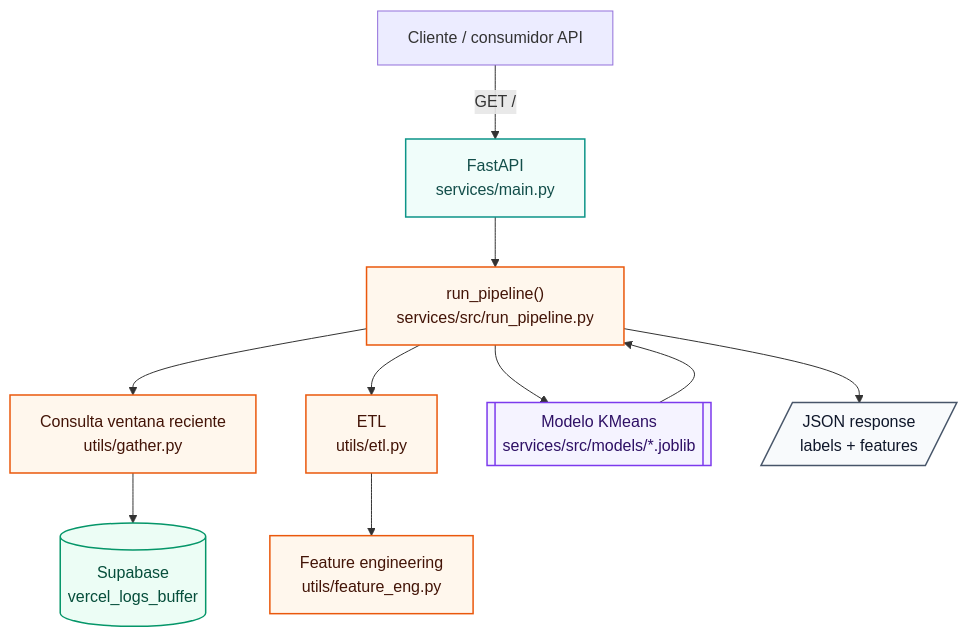
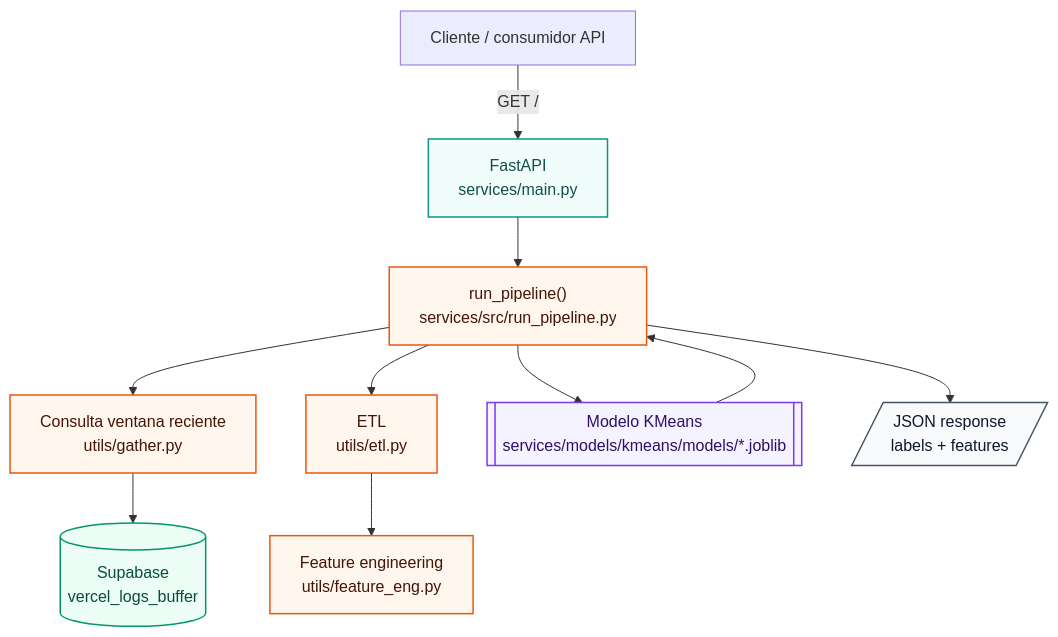
Before and after one commit to Groltjor/LogHound: the diagram in services/README.MD, drawn with Mermaid. The commit also changed other lines of this file and 2 other files, not shown here.

````diff
--- a/services/README.MD
+++ b/services/README.MD
@@ -23,34 +23,34 @@
 ```mermaid
 flowchart TB
     client["Cliente / consumidor API"]
     api["FastAPI<br/>services/main.py"]
     pipeline["run_pipeline()<br/>services/src/run_pipeline.py"]
     supabase[("Supabase<br/>vercel_logs_buffer")]
     etl["ETL<br/>utils/etl.py"]
     gather["Consulta ventana reciente<br/>utils/gather.py"]
     features["Feature engineering<br/>utils/feature_eng.py"]
-    model[["Modelo KMeans<br/>services/src/models/*.joblib"]]
+    model[["Modelo KMeans<br/>services/models/kmeans/models/*.joblib"]]
     response[/"JSON response<br/>labels + features"/]
 
     client -->|"GET /"| api
     api --> pipeline
     pipeline --> gather
     gather --> supabase
     pipeline --> etl
     etl --> features
     pipeline --> model
     model --> pipeline
     pipeline --> response
 
     classDef apiClass fill:#f0fdfa,stroke:#0d9488,stroke-width:1.5px,color:#134e4a;
     classDef dbClass fill:#ecfdf5,stroke:#059669,stroke-width:1.5px,color:#064e3b;
     classDef mlClass fill:#f5f3ff,stroke:#7c3aed,stroke-width:1.5px,color:#2e1065;
     classDef stepClass fill:#fff7ed,stroke:#ea580c,stroke-width:1.5px,color:#431407;
     classDef outputClass fill:#f8fafc,stroke:#475569,stroke-width:1.5px,color:#0f172a;
 
     class api apiClass;
     class supabase dbClass;
     class model mlClass;
     class pipeline,etl,gather,features stepClass;
     class response outputClass;
 ```
````
